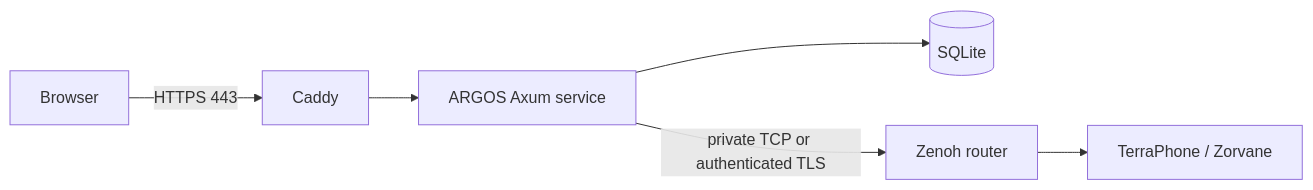
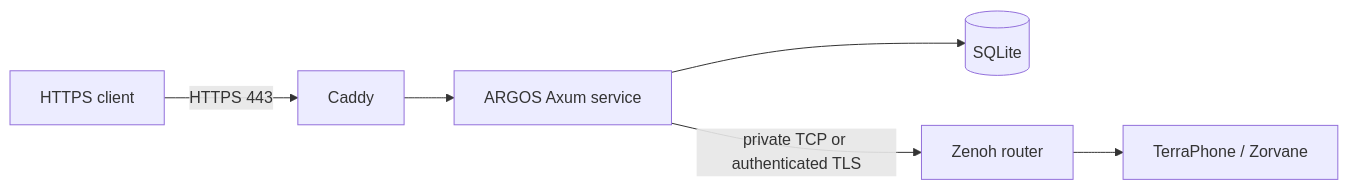
The diagram in docs/deployment.md (Super-Yojan/ARGOS), drawn with Mermaid before and after one commit. The commit also changed other lines of this file and 177 other files, not shown here.

````diff
--- a/docs/deployment.md
+++ b/docs/deployment.md
@@ -5,8 +5,8 @@
 ```mermaid
 flowchart LR
-  browser[Browser] -->|HTTPS 443| caddy[Caddy]
+  client[HTTPS client] -->|HTTPS 443| caddy[Caddy]
   caddy --> server[ARGOS Axum service]
   server --> db[(SQLite)]
   server -->|private TCP or authenticated TLS| router[Zenoh router]
   router --> terra[TerraPhone / Zorvane]
 ```
````
